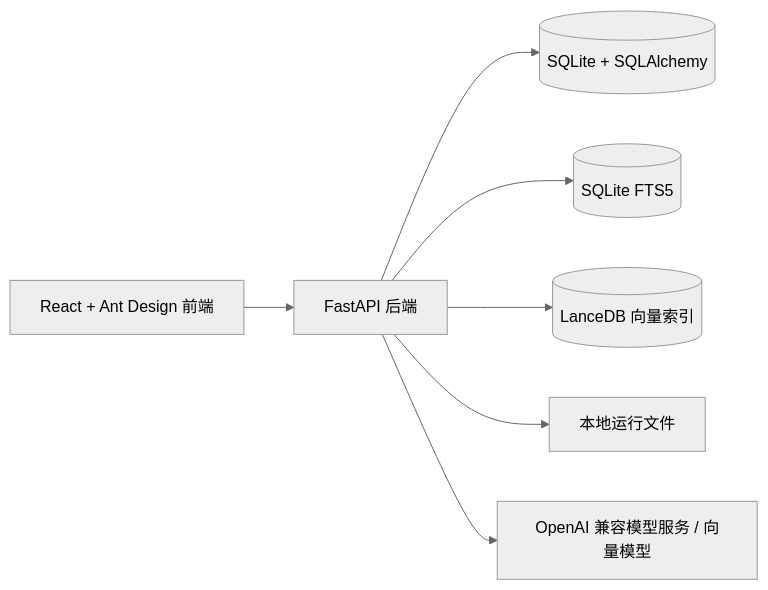
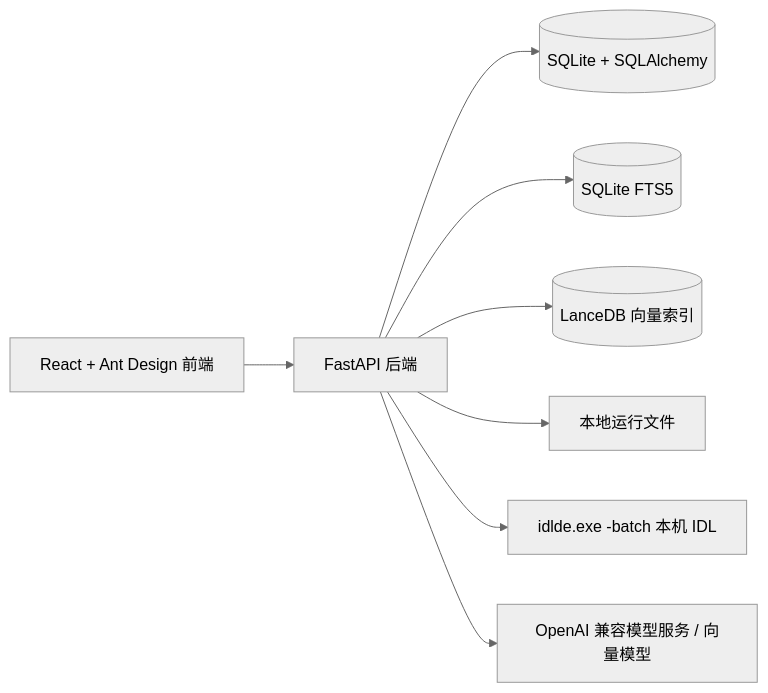
The third of 3 diagrams in README.md (GeoSyntax/idl-rag), drawn with Mermaid (neutral theme) before and after one commit. The commit also changed other lines of this file and 23 other files, not shown here.

````diff
--- a/README.md
+++ b/README.md
@@ -85,9 +119,10 @@
 ```mermaid
 flowchart LR
   UI[React + Ant Design 前端] --> API[FastAPI 后端]
   API --> DB[(SQLite + SQLAlchemy)]
   API --> FTS[(SQLite FTS5)]
   API --> VEC[(LanceDB 向量索引)]
   API --> FS[本地运行文件]
+  API --> IDL[idlde.exe -batch 本机 IDL]
   API --> LLM[OpenAI 兼容模型服务 / 向量模型]
 ```
````
